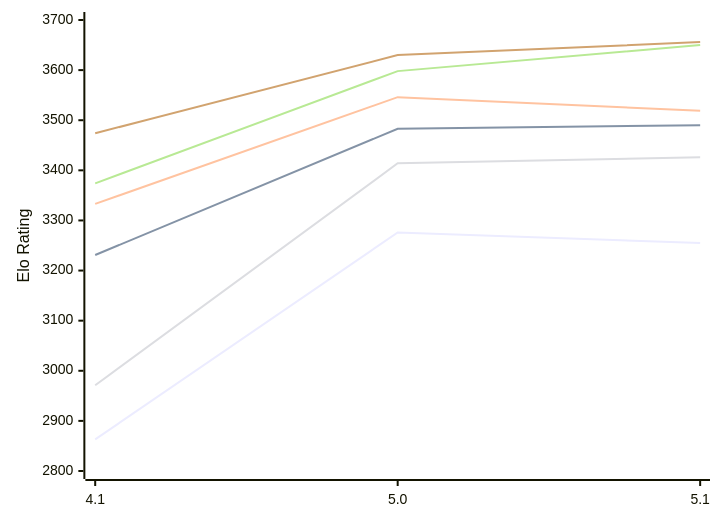
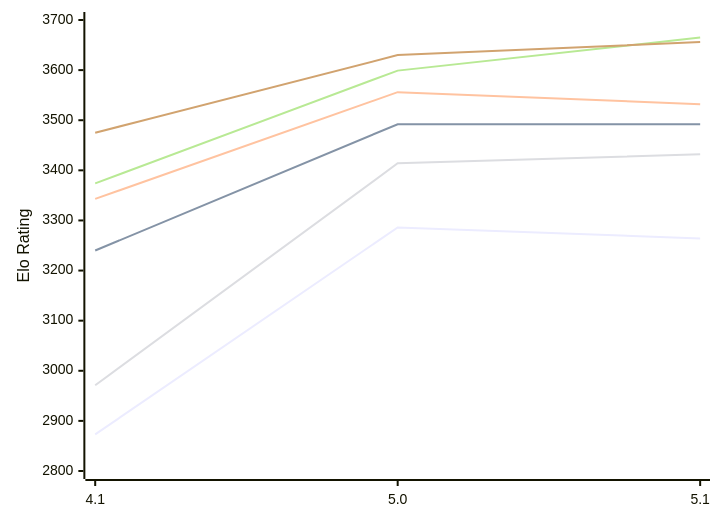
The diagram in engines/NarcNext.md (computer-chess-index/cci), drawn with Mermaid before and after one commit. The commit also changed other lines of this file, not shown here.

Commit message:
Update CCI Ratings (ELO VLTC) - 2026-11-07

````diff
--- a/engines/NarcNext.md
+++ b/engines/NarcNext.md
@@ -51,12 +51,12 @@
 ```mermaid
 %%{init: {"theme":"base","themeVariables":{"seriesColors:['#a3a3a3','#222221','#faa371']}}}%%
 xychart-beta
   x-axis ["4.1", "5.0", "5.1"]
   y-axis "Elo Rating" 2800 --> 3700
-  line "E1: STC (8.0+0.08s)" [2863, 3276, 3255]
-  line "E1: LTC (60.0+0.60s)" [3231, 3483, 3490]
-  line "E1: VLTC (2m24s+1.12s)" [3333, 3546, 3519]
-  line "P1: STC (8.0+0.08s)" [2971, 3414, 3426]
-  line "P1: LTC (60.0+0.60s)" [3374, 3598, 3650]
-  line "P1: VLTC (2m24s+1.12s)" [3474, 3630, 3656]
+  line "E1: STC (8.0+0.08s)" [2873, 3286, 3264]
+  line "E1: LTC (60.0+0.60s)" [3240, 3492, 3492]
+  line "E1: VLTC (2m24s+1.12s)" [3343, 3556, 3532]
+  line "P1: STC (8.0+0.08s)" [2971, 3414, 3432]
+  line "P1: LTC (60.0+0.60s)" [3374, 3599, 3665]
+  line "P1: VLTC (2m24s+1.12s)" [3475, 3630, 3656]
 ```
````
